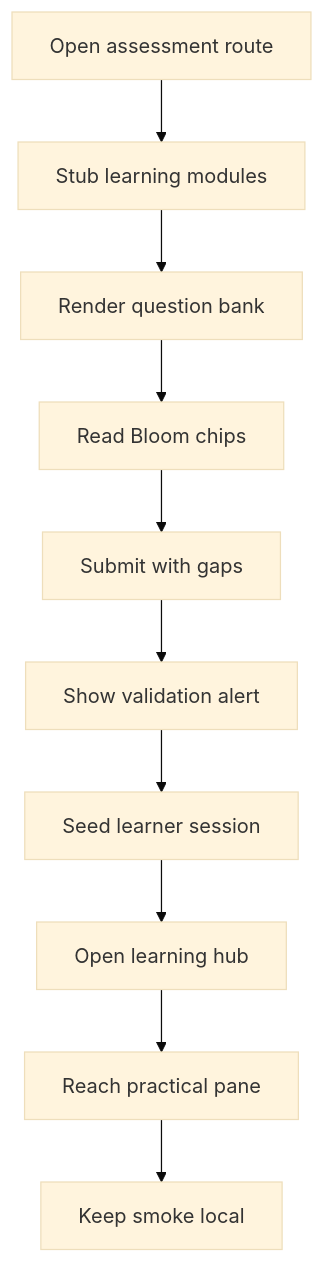
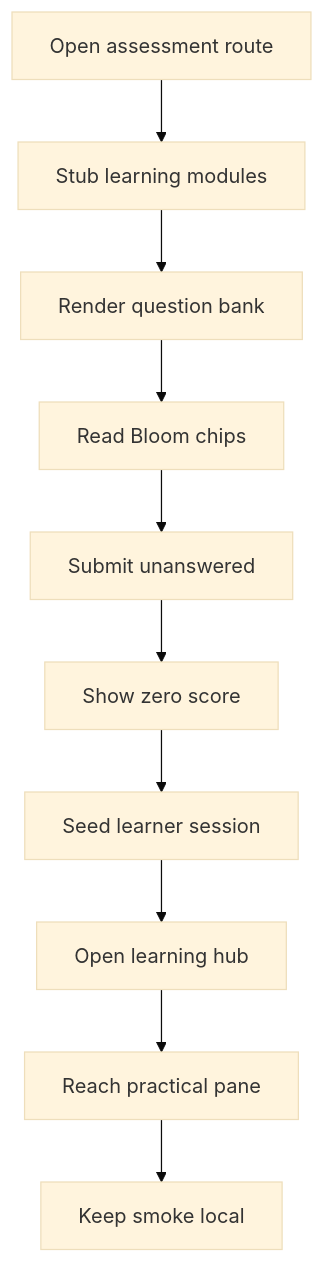
One commit to JohnAndrewBalbarosa/NeoTerritory changed the diagram in docs/Codebase/Frontend/playwright/tests/learner-assessment.spec.ts.md. Above: the diagram before and after it, drawn with Mermaid (base theme). The commit also changed other lines of this file and 30 other files, not shown here.

````diff
--- a/docs/Codebase/Frontend/playwright/tests/learner-assessment.spec.ts.md
+++ b/docs/Codebase/Frontend/playwright/tests/learner-assessment.spec.ts.md
@@ -13,14 +13,14 @@
 ```mermaid
 flowchart TD
     Start["Open assessment route"]
     N0["Stub learning modules"]
     N1["Render question bank"]
     N2["Read Bloom chips"]
-    N3["Submit with gaps"]
-    N4["Show validation alert"]
+    N3["Submit unanswered"]
+    N4["Show zero score"]
     N5["Seed learner session"]
     N6["Open learning hub"]
     N7["Reach practical pane"]
     End["Keep smoke local"]
     Start --> N0 --> N1 --> N2 --> N3 --> N4 --> N5 --> N6 --> N7 --> End
 ```
````
